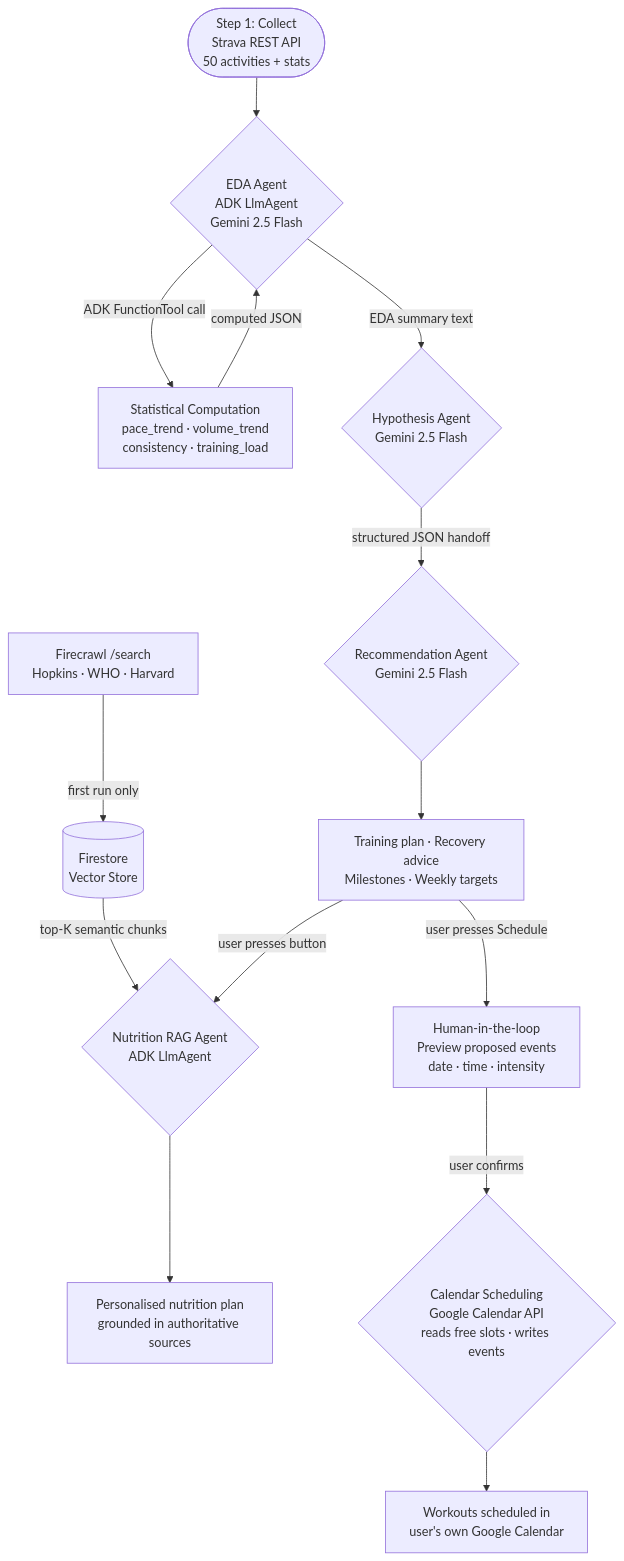
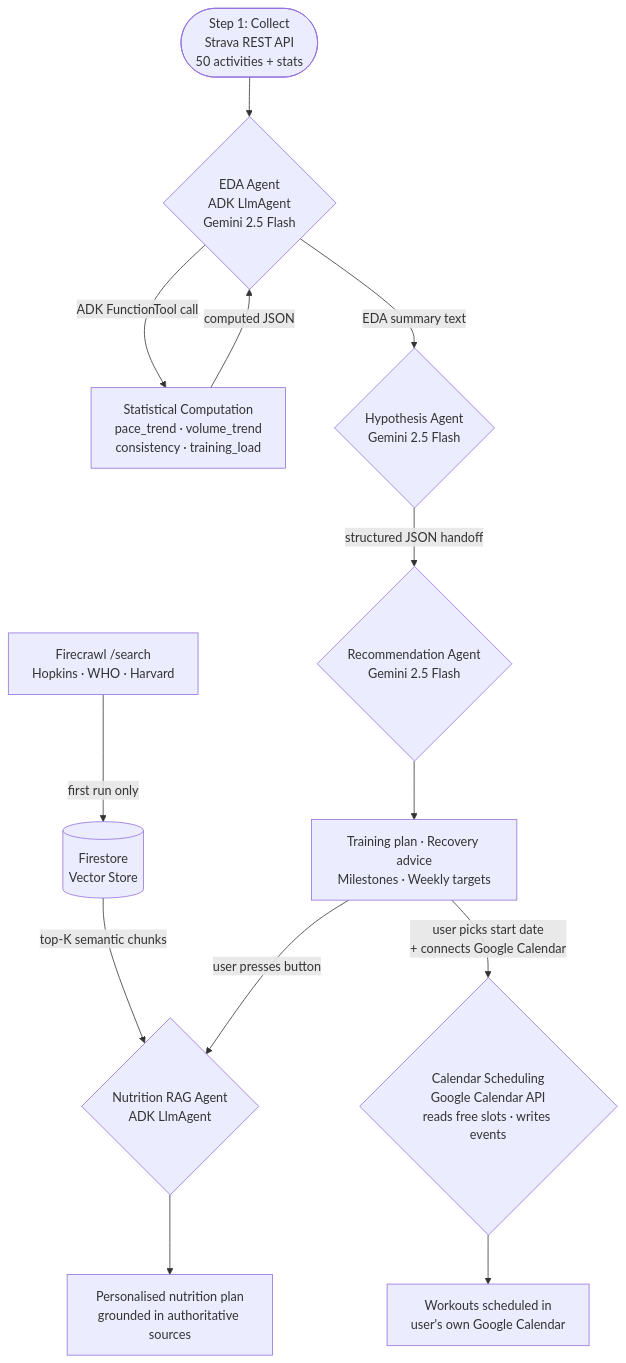
One commit to bhuvighosh3/HealthAnalyser changed the second of 6 diagrams in README.md. Above: the diagram before and after it, drawn with Mermaid. The commit also changed other lines of this file, not shown here.

````diff
--- a/README.md
+++ b/README.md
@@ -87,25 +87,24 @@
 ```mermaid
 flowchart TD
     COLLECT([Step 1: Collect\nStrava REST API\n50 activities + stats]) --> EDA
 
     EDA{EDA Agent\nADK LlmAgent\nGemini 2.5 Flash}
     EDA -->|ADK FunctionTool call| TOOL[Statistical Computation\npace_trend · volume_trend\nconsistency · training_load]
     TOOL -->|computed JSON| EDA
     EDA -->|EDA summary text| HYP
 
     HYP{Hypothesis Agent\nGemini 2.5 Flash}
     HYP -->|structured JSON handoff| REC
 
     REC{Recommendation Agent\nGemini 2.5 Flash}
     REC --> OUT[Training plan · Recovery advice\nMilestones · Weekly targets]
 
     NUT{Nutrition RAG Agent\nADK LlmAgent}
     Firestore[(Firestore\nVector Store)] -->|top-K semantic chunks| NUT
     FC[Firecrawl /search\nHopkins · WHO · Harvard] -->|first run only| Firestore
     OUT -->|user presses button| NUT
     NUT --> NUTOUT[Personalised nutrition plan\ngrounded in authoritative sources]
 
-    OUT -->|user presses Schedule| PREVIEW[Human-in-the-loop\nPreview proposed events\ndate · time · intensity]
-    PREVIEW -->|user confirms| CAL{Calendar Scheduling\nGoogle Calendar API\nreads free slots · writes events}
+    OUT -->|user picks start date\n+ connects Google Calendar| CAL{Calendar Scheduling\nGoogle Calendar API\nreads free slots · writes events}
     CAL --> CALEVENTS[Workouts scheduled in\nuser's own Google Calendar]
 ```
````
